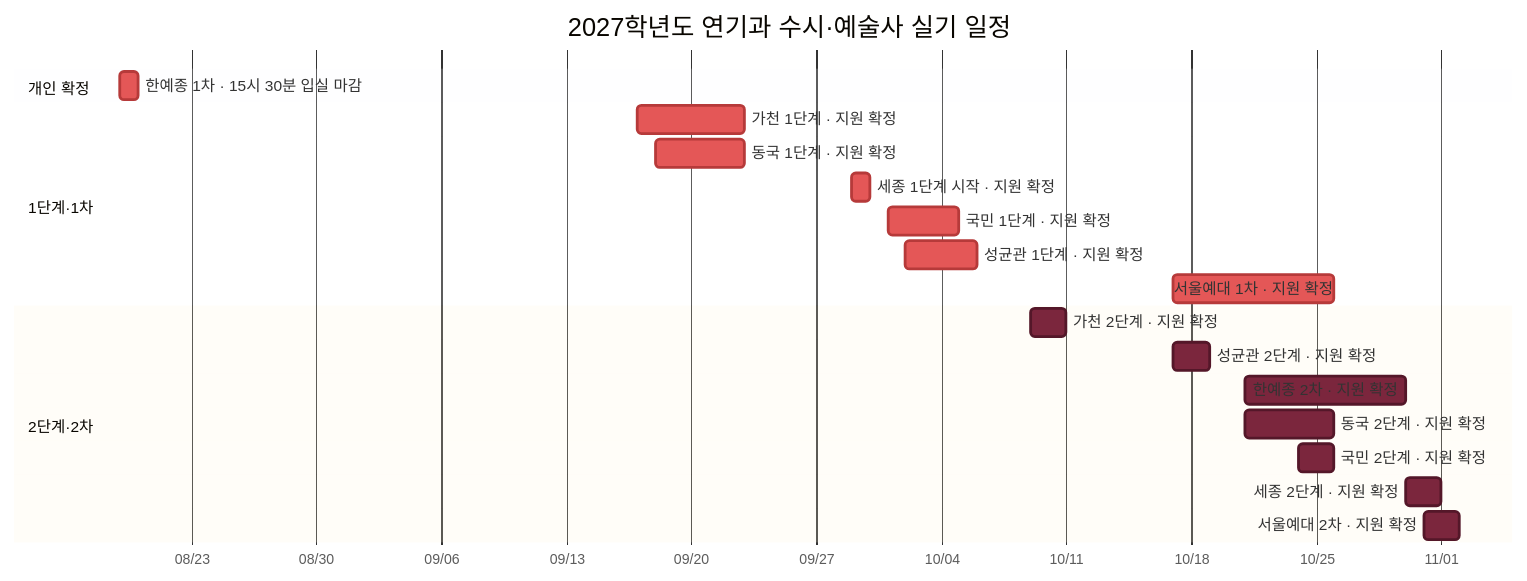
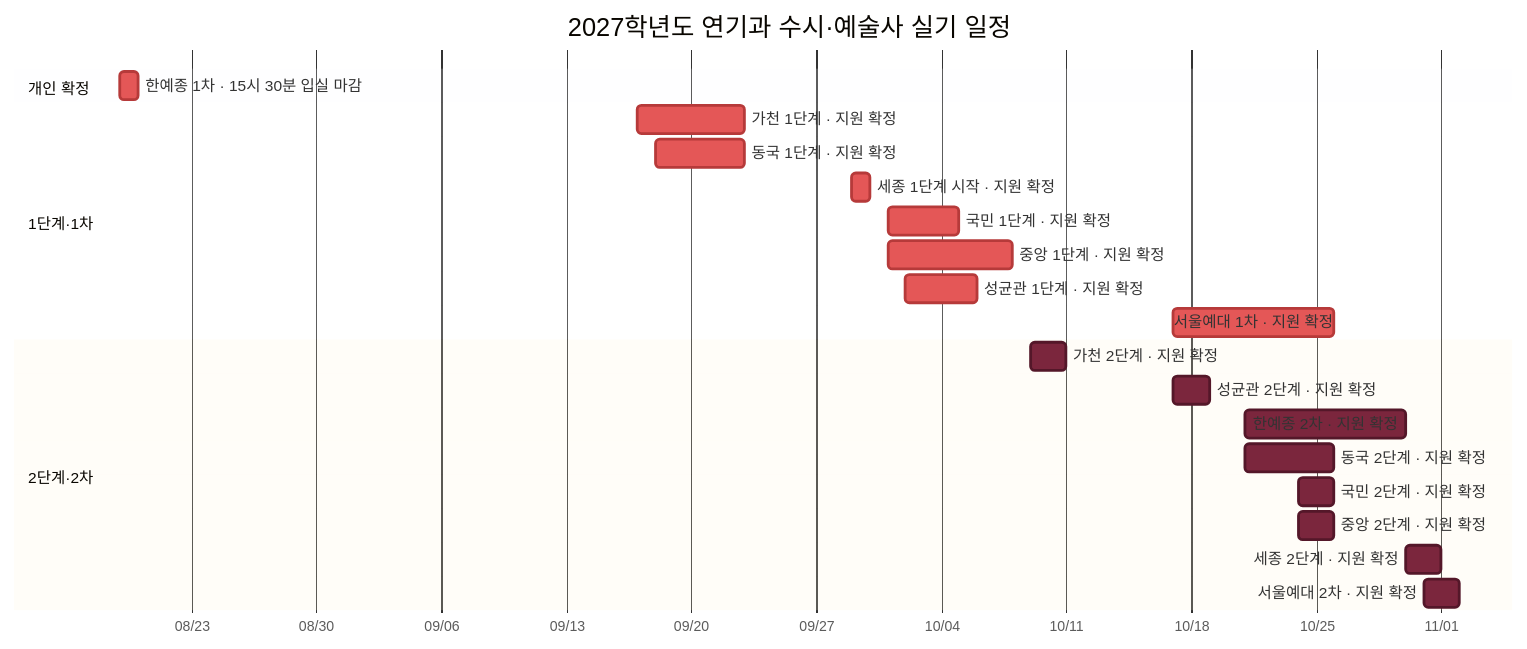
Before and after one commit to Aera0512/Base_: the diagram in 정리/입시/2027 연기과 시험 일정 그래프.md, drawn with Mermaid. The commit also changed other lines of this file and 2 other files, not shown here.

````diff
--- a/정리/입시/2027 연기과 시험 일정 그래프.md
+++ b/정리/입시/2027 연기과 시험 일정 그래프.md
@@ -19,27 +19,29 @@
 ```mermaid
 %%{init: {"theme":"base","themeVariables":{"taskBkgColor":"#5B7FD6","taskBorderColor":"#3F61AD","critBkgColor":"#E45757","critBorderColor":"#B63A3A","doneTaskBkgColor":"#7B263D","doneTaskBorderColor":"#541729","doneTaskTextColor":"#FFFFFF"}}}%%
 gantt
     title 2027학년도 연기과 수시·예술사 실기 일정
     dateFormat  YYYY-MM-DD
     axisFormat  %m/%d
 
     section 개인 확정
     한예종 1차 · 15시 30분 입실 마감 :crit, karts1, 2026-08-19, 1d
 
     section 1단계·1차
     가천 1단계 · 지원 확정         :crit, gachon1, 2026-09-17, 2026-09-23
     동국 1단계 · 지원 확정         :crit, dongguk1, 2026-09-18, 2026-09-23
     세종 1단계 시작 · 지원 확정     :crit, sejong1, 2026-09-29, 1d
     국민 1단계 · 지원 확정          :crit, kookmin1, 2026-10-01, 2026-10-05
+    중앙 1단계 · 지원 확정          :crit, cau1, 2026-10-01, 2026-10-08
     성균관 1단계 · 지원 확정       :crit, skku1, 2026-10-02, 2026-10-06
     서울예대 1차 · 지원 확정        :crit, seoularts1, 2026-10-17, 2026-10-26
 
     section 2단계·2차
     가천 2단계 · 지원 확정         :done, gachon2, 2026-10-09, 2026-10-11
     성균관 2단계 · 지원 확정       :done, skku2, 2026-10-17, 2026-10-19
     한예종 2차 · 지원 확정         :done, karts2, 2026-10-21, 2026-10-30
     동국 2단계 · 지원 확정         :done, dongguk2, 2026-10-21, 2026-10-26
     국민 2단계 · 지원 확정          :done, kookmin2, 2026-10-24, 2026-10-26
+    중앙 2단계 · 지원 확정          :done, cau2, 2026-10-24, 2026-10-26
     세종 2단계 · 지원 확정          :done, sejong2, 2026-10-30, 2026-11-01
     서울예대 2차 · 지원 확정        :done, seoularts2, 2026-10-31, 2026-11-02
 ```
````
